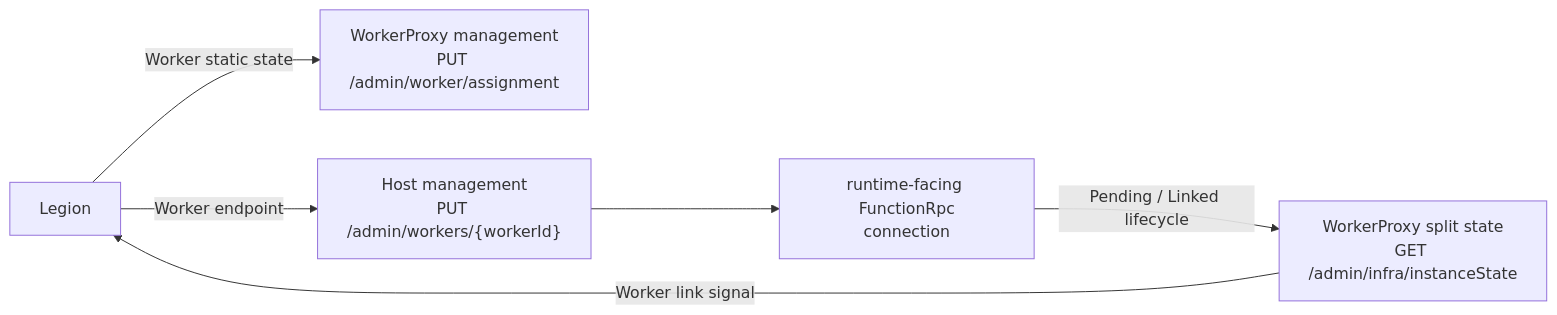
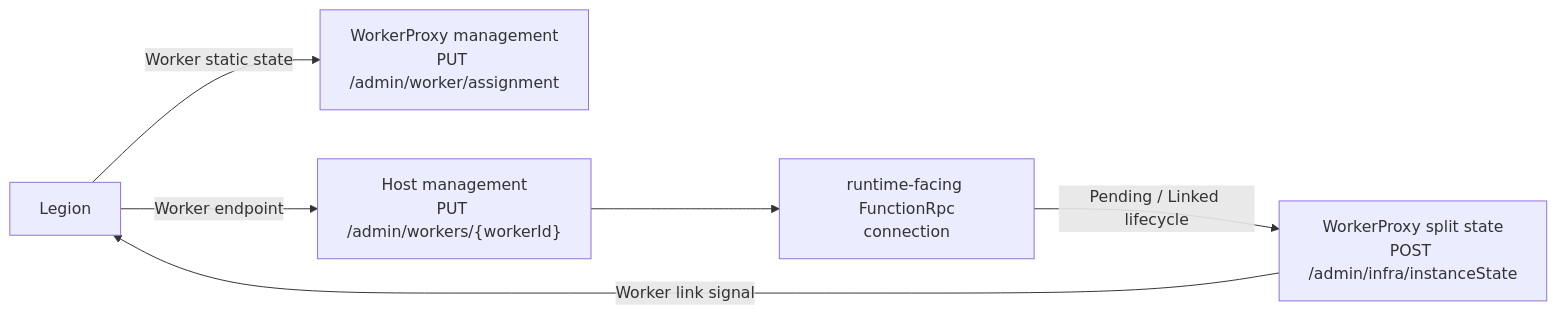
One commit to Azure/azure-functions-host changed the second of 5 diagrams in tools/ComputeSeparation/BYOCSplitWorkerSignals.md. Above: the diagram before and after it, drawn with Mermaid. The commit also changed other lines of this file and 6 other files, not shown here.

First line of the commit message:
Align WorkerProxy split state polling

````diff
--- a/tools/ComputeSeparation/BYOCSplitWorkerSignals.md
+++ b/tools/ComputeSeparation/BYOCSplitWorkerSignals.md
@@ -42,14 +42,14 @@
 ```mermaid
 flowchart LR
     Legion["Legion"]
     Assignment["WorkerProxy management<br/>PUT /admin/worker/assignment"]
     LinkApi["Host management<br/>PUT /admin/workers/{workerId}"]
     FunctionRpc["runtime-facing FunctionRpc<br/>connection"]
-    SplitState["WorkerProxy split state<br/>GET /admin/infra/instanceState"]
+    SplitState["WorkerProxy split state<br/>POST /admin/infra/instanceState"]
 
     Legion -->|"Worker static state"| Assignment
     Legion -->|"Worker endpoint"| LinkApi
     LinkApi --> FunctionRpc
     FunctionRpc -->|"Pending / Linked lifecycle"| SplitState
     SplitState -->|"Worker link signal"| Legion
 ```
````
